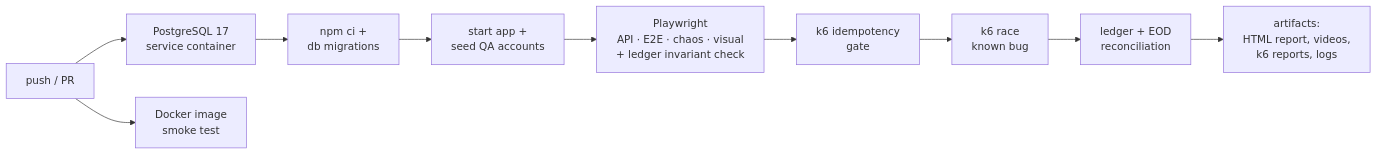
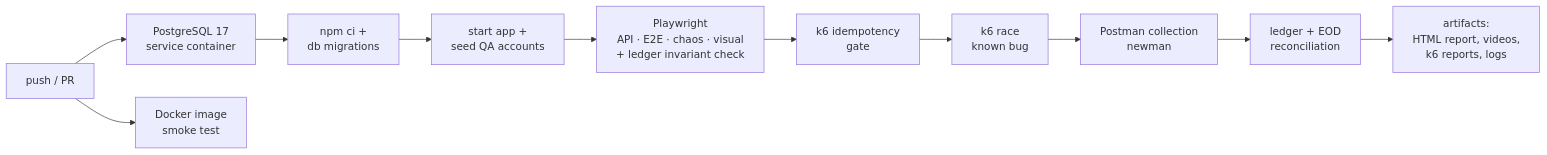
Before and after one commit to brylleopada77/PayPulse: the second of 3 diagrams in README.md, drawn with Mermaid. The commit also changed other lines of this file and 7 other files, not shown here.

First line of the commit message:
Postman collection for every endpoint, generated from the OpenAPI document

````diff
--- a/README.md
+++ b/README.md
@@ -184,12 +185,13 @@
 ```mermaid
 flowchart LR
   A[push / PR] --> B[PostgreSQL 17<br>service container]
   B --> C[npm ci +<br>db migrations]
   C --> D[start app +<br>seed QA accounts]
   D --> E[Playwright<br>API · E2E · chaos · visual<br>+ ledger invariant check]
   E --> F[k6 idempotency<br>gate]
   F --> G[k6 race<br>known bug]
-  G --> H[ledger + EOD<br>reconciliation]
+  G --> P[Postman collection<br>newman]
+  P --> H[ledger + EOD<br>reconciliation]
   H --> I[artifacts:<br>HTML report, videos,<br>k6 reports, logs]
   A --> J[Docker image<br>smoke test]
 ```
````
